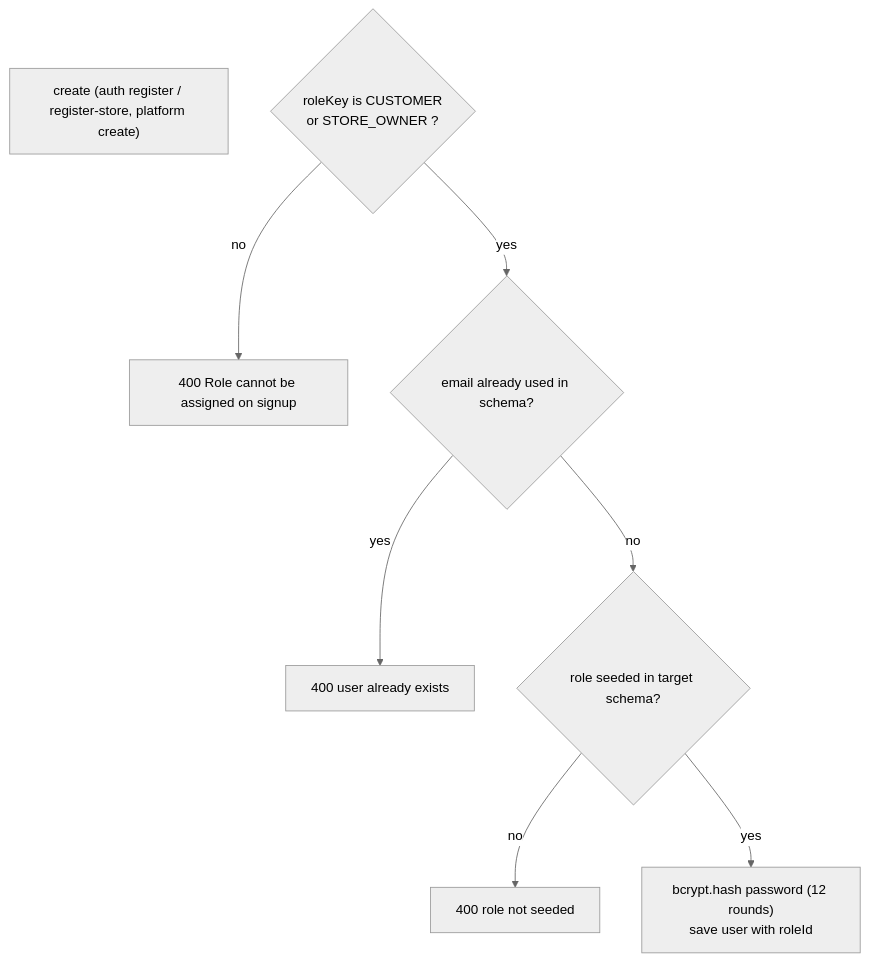
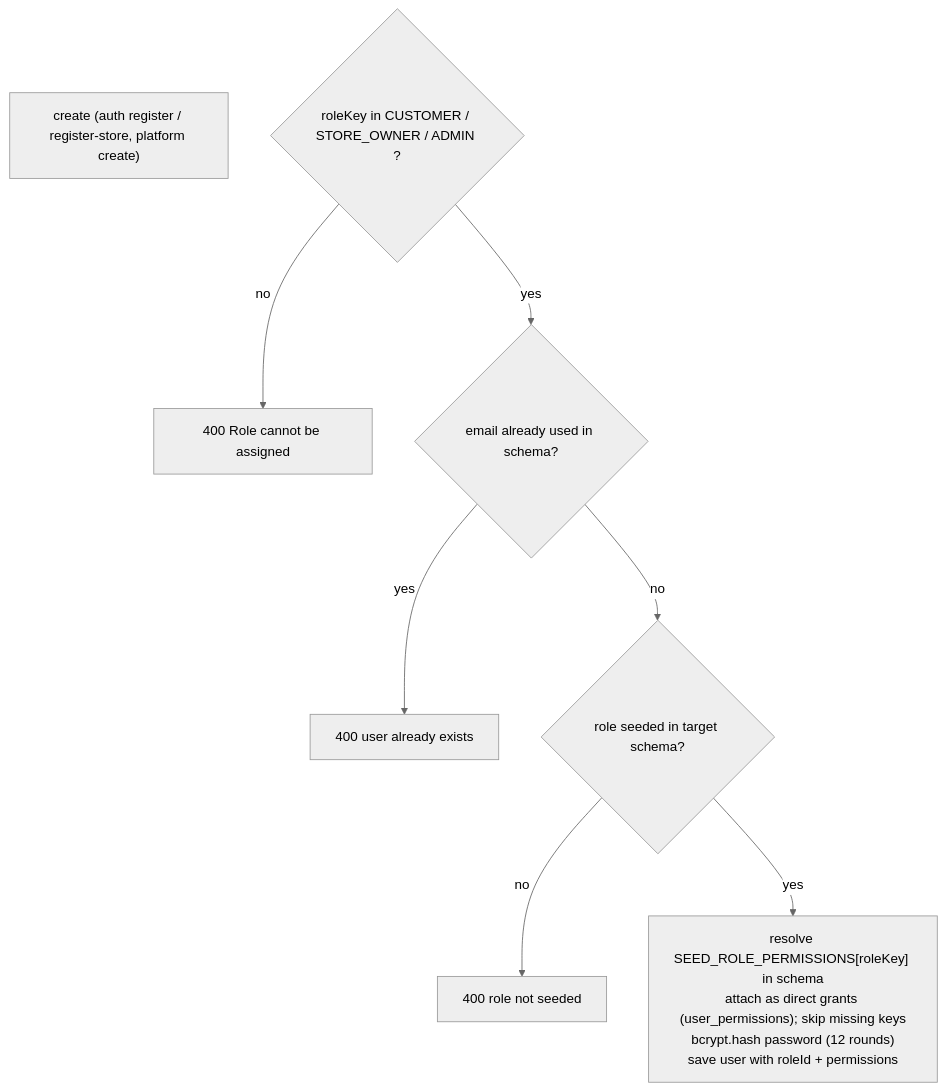
One commit to DevBassel/saas_commerce changed the second of 5 diagrams in src/modules/users/workflow.md. Above: the diagram before and after it, drawn with Mermaid (neutral theme). The commit also changed other lines of this file and 12 other files, not shown here.

Commit message:
fix: refactor RBAC and remove roles group and relation with perms, add perms on creating user basd on role

````diff
--- a/src/modules/users/workflow.md
+++ b/src/modules/users/workflow.md
@@ -38,10 +68,10 @@
 ```mermaid
 flowchart TD
 CREATE["create (auth register / register-store, platform create)"]
-        C1{"roleKey is CUSTOMER<br/>or STORE_OWNER ?"} -->|"no"| C1E["400 Role cannot be assigned on signup"]
+        C1{"roleKey in CUSTOMER / STORE_OWNER / ADMIN ?"} -->|"no"| C1E["400 Role cannot be assigned"]
         C1 -->|"yes"| C2{"email already used in schema?"}
         C2 -->|"yes"| C2E["400 user already exists"]
         C2 -->|"no"| C3{"role seeded in target schema?"}
         C3 -->|"no"| C3E["400 role not seeded"]
-        C3 -->|"yes"| C4["bcrypt.hash password (12 rounds)<br/>save user with roleId"]
+        C3 -->|"yes"| C4["resolve SEED_ROLE_PERMISSIONS[roleKey] in schema<br/>attach as direct grants (user_permissions); skip missing keys<br/>bcrypt.hash password (12 rounds)<br/>save user with roleId + permissions"]
 ```
````
